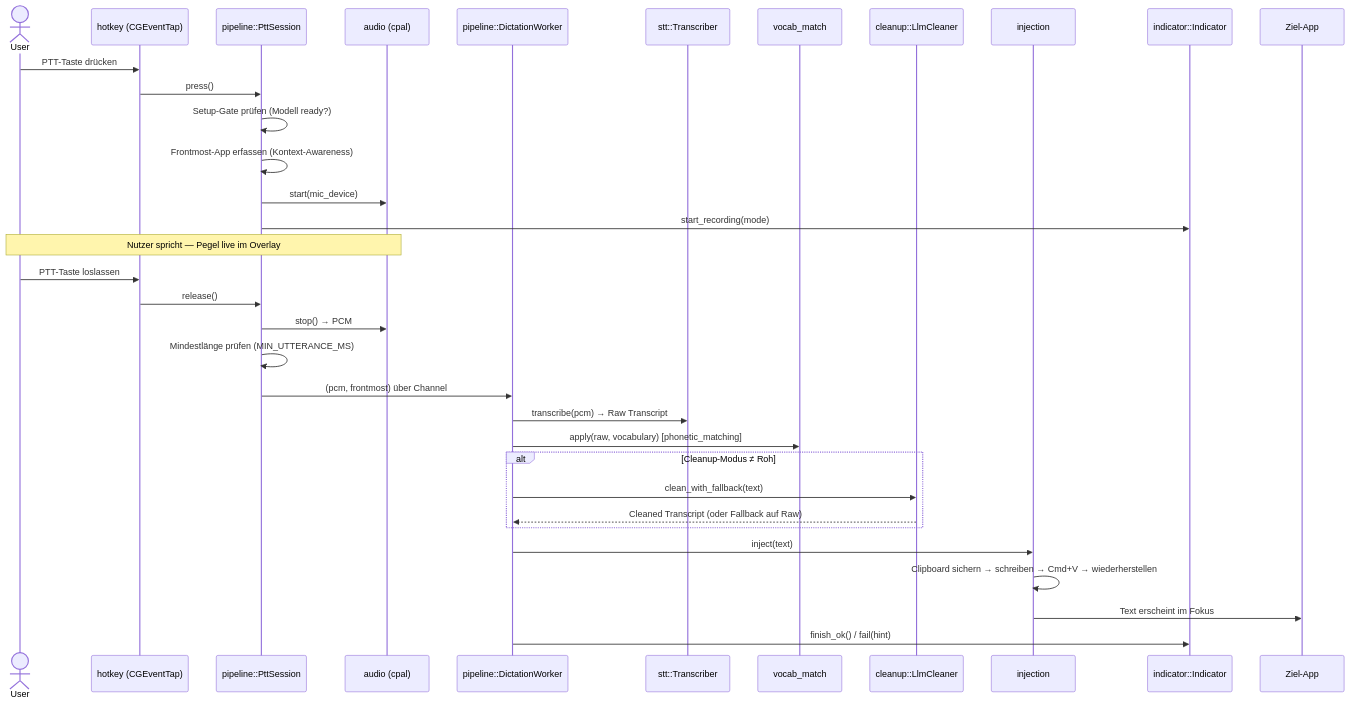
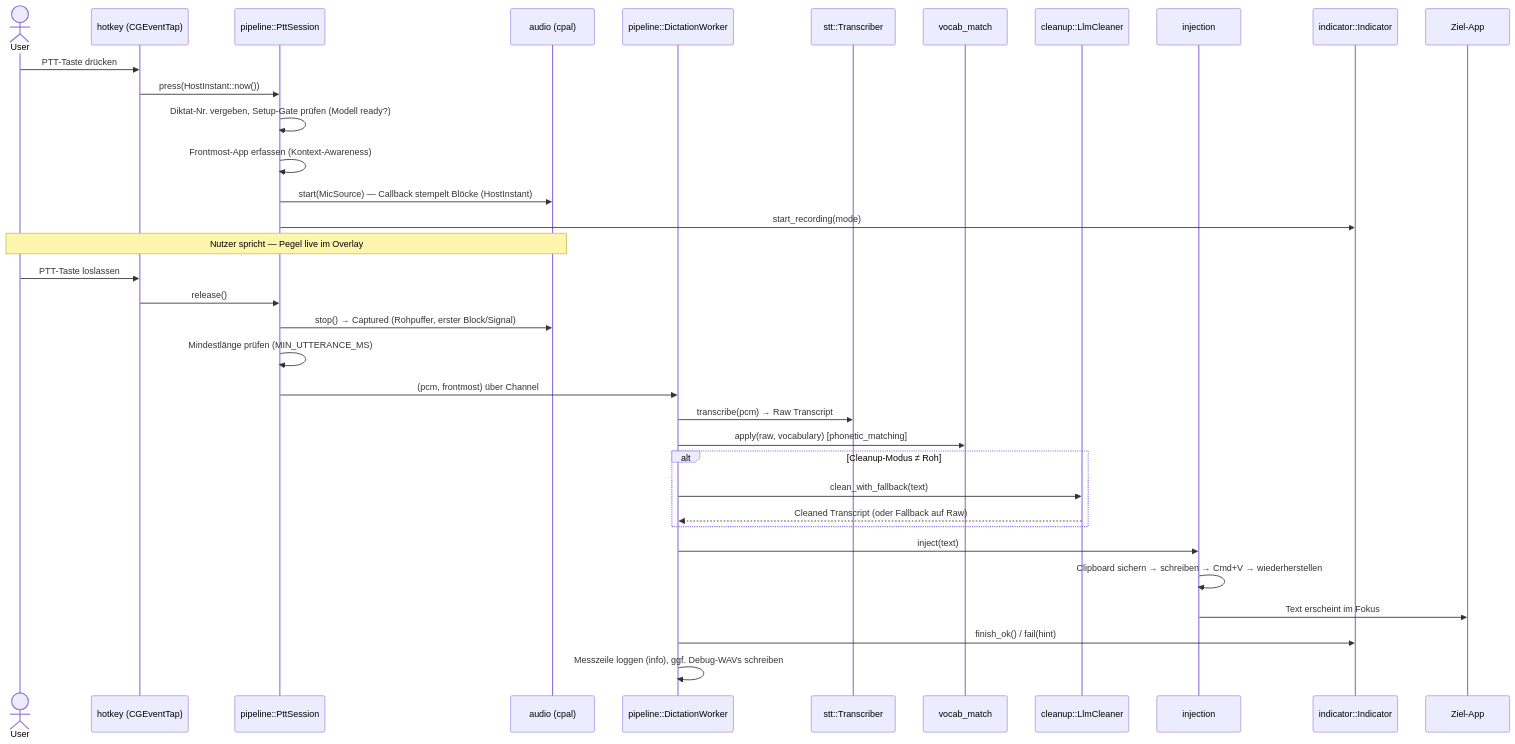
The second of 3 diagrams in docs/architecture/overview.md (reneleban/talker), drawn with Mermaid before and after one commit. The commit also changed other lines of this file and 56 other files, not shown here.

````diff
--- a/docs/architecture/overview.md
+++ b/docs/architecture/overview.md
@@ -80,38 +88,39 @@
 ```mermaid
 sequenceDiagram
     actor User
     participant Hotkey as hotkey (CGEventTap)
     participant Session as pipeline::PttSession
     participant Audio as audio (cpal)
     participant Worker as pipeline::DictationWorker
     participant STT as stt::Transcriber
     participant Vocab as vocab_match
     participant Cleanup as cleanup::LlmCleaner
     participant Injection as injection
     participant Indicator as indicator::Indicator
     participant TargetApp as Ziel-App
 
     User->>Hotkey: PTT-Taste drücken
-    Hotkey->>Session: press()
-    Session->>Session: Setup-Gate prüfen (Modell ready?)
+    Hotkey->>Session: press(HostInstant::now())
+    Session->>Session: Diktat-Nr. vergeben, Setup-Gate prüfen (Modell ready?)
     Session->>Session: Frontmost-App erfassen (Kontext-Awareness)
-    Session->>Audio: start(mic_device)
+    Session->>Audio: start(MicSource) — Callback stempelt Blöcke (HostInstant)
     Session->>Indicator: start_recording(mode)
     Note over User,Audio: Nutzer spricht — Pegel live im Overlay
 
     User->>Hotkey: PTT-Taste loslassen
     Hotkey->>Session: release()
-    Session->>Audio: stop() → PCM
+    Session->>Audio: stop() → Captured (Rohpuffer, erster Block/Signal)
     Session->>Session: Mindestlänge prüfen (MIN_UTTERANCE_MS)
     Session->>Worker: (pcm, frontmost) über Channel
     Worker->>STT: transcribe(pcm) → Raw Transcript
     Worker->>Vocab: apply(raw, vocabulary) [phonetic_matching]
     alt Cleanup-Modus ≠ Roh
         Worker->>Cleanup: clean_with_fallback(text)
         Cleanup-->>Worker: Cleaned Transcript (oder Fallback auf Raw)
     end
     Worker->>Injection: inject(text)
     Injection->>Injection: Clipboard sichern → schreiben → Cmd+V → wiederherstellen
     Injection->>TargetApp: Text erscheint im Fokus
     Worker->>Indicator: finish_ok() / fail(hint)
+    Worker->>Worker: Messzeile loggen (info), ggf. Debug-WAVs schreiben
 ```
````
